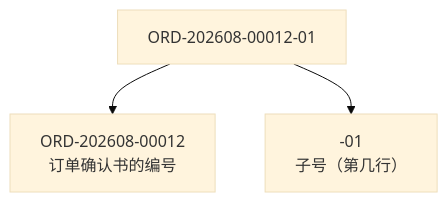
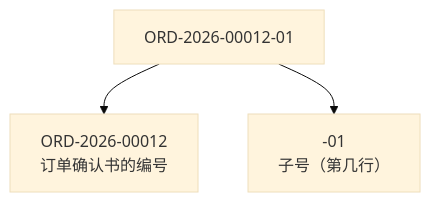
Before and after one commit to Kuisin/ckk-tool-v3: the first of 2 diagrams in coolify/apps/nextjs-web/content/manual/operations/sales/order-line/user.zh.md, drawn with Mermaid (base theme). The commit also changed other lines of this file and 26 other files, not shown here.

````diff
--- a/coolify/apps/nextjs-web/content/manual/operations/sales/order-line/user.zh.md
+++ b/coolify/apps/nextjs-web/content/manual/operations/sales/order-line/user.zh.md
@@ -33,5 +33,5 @@
 ```mermaid
 flowchart TD
-  num["ORD-202608-00012-01"] --> head["ORD-202608-00012<br/>订单确认书的编号"]
+  num["ORD-2026-00012-01"] --> head["ORD-2026-00012<br/>订单确认书的编号"]
   num --> br["-01<br/>子号（第几行）"]
 ```
````
